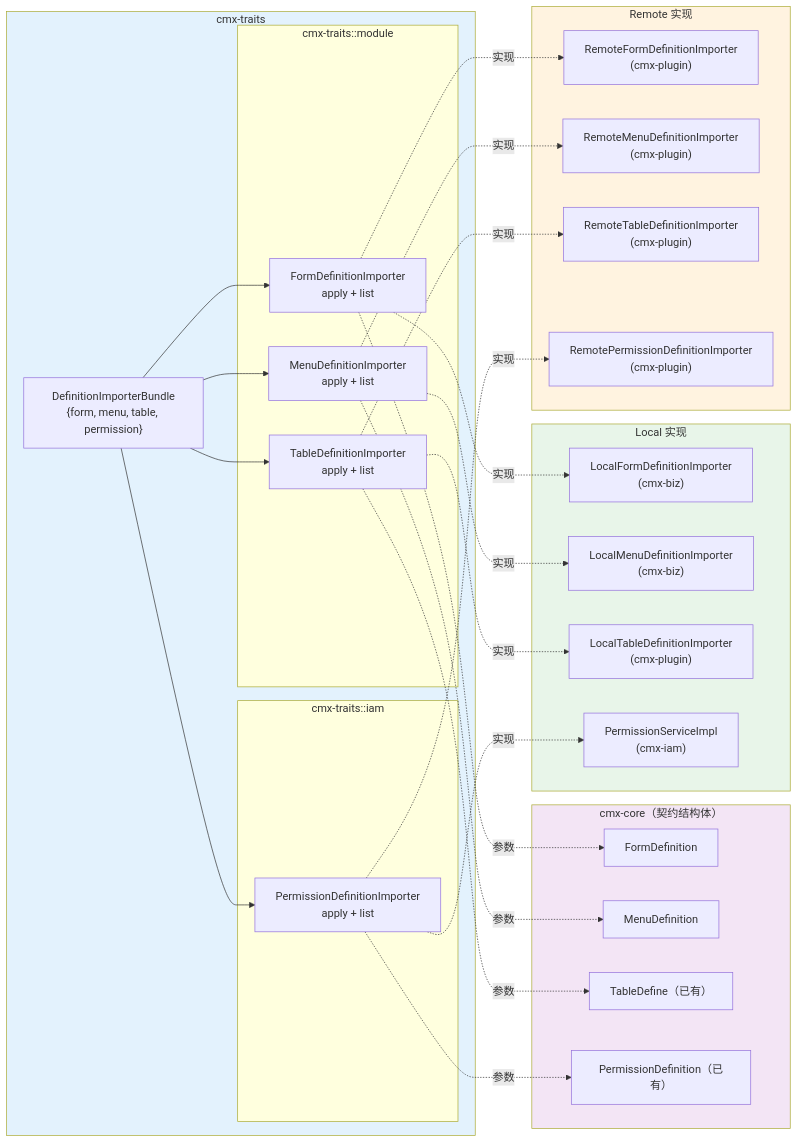
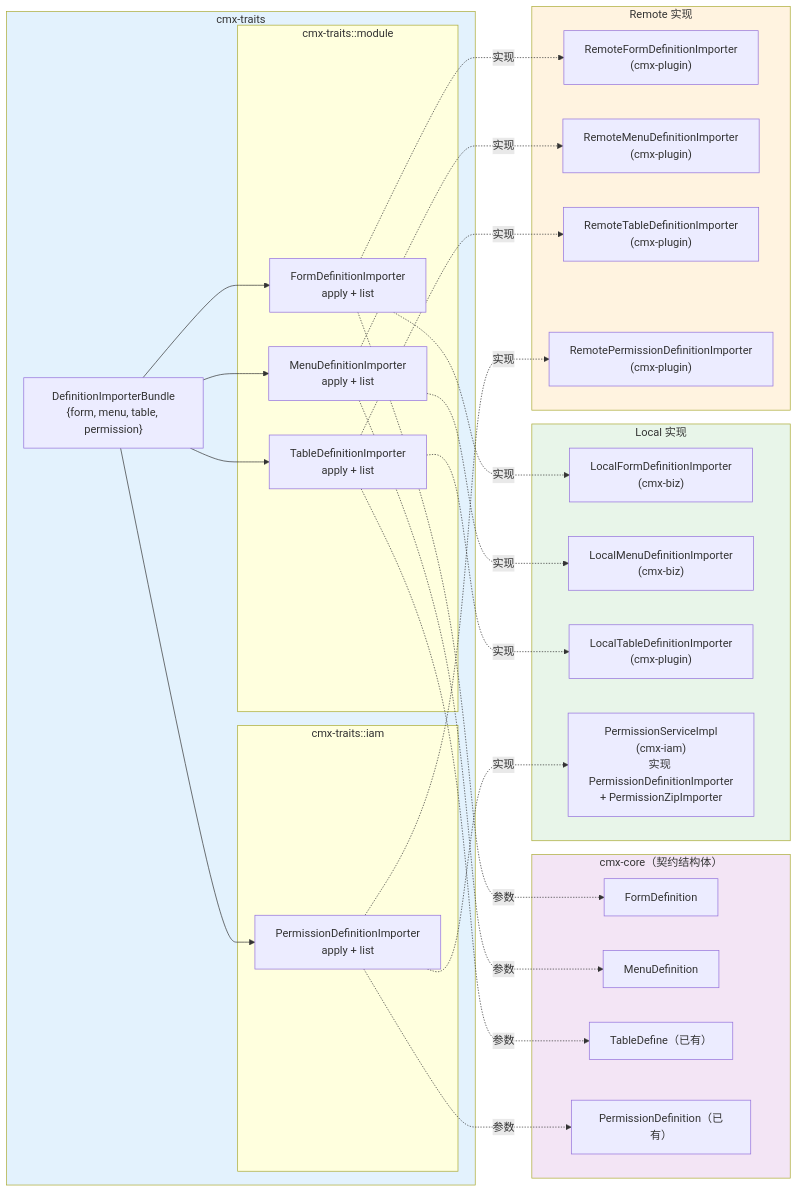
One commit to warpdrivelabs/cmx-container changed the sixth of 7 diagrams in .trae/documents/20260703_cmx-plugin_模块导入导出流程图.md. Above: the diagram before and after it, drawn with Mermaid. The commit also changed other lines of this file and 10 other files, not shown here.

First line of the commit message:
refactor(cmx-biz): PluginDataImporterImpl 从 cmx-iam 迁移至 cmx-biz

````diff
--- a/.trae/documents/20260703_cmx-plugin_模块导入导出流程图.md
+++ b/.trae/documents/20260703_cmx-plugin_模块导入导出流程图.md
@@ -209,66 +211,66 @@
 ```mermaid
 graph LR
     subgraph cmx-traits["cmx-traits"]
         BUNDLE["DefinitionImporterBundle<br/>{form, menu, table, permission}"]
 
         FDI["FormDefinitionImporter<br/>apply + list"]
         MDI["MenuDefinitionImporter<br/>apply + list"]
         TDI["TableDefinitionImporter<br/>apply + list"]
         PDI2["PermissionDefinitionImporter<br/>apply + list"]
 
         subgraph cmx-traits-iam["cmx-traits::iam"]
             PDI2
         end
 
         subgraph cmx-traits-module["cmx-traits::module"]
             FDI
             MDI
             TDI
         end
     end
 
     subgraph cmx-core["cmx-core（契约结构体）"]
         FD["FormDefinition"]
         MD["MenuDefinition"]
         TD["TableDefine（已有）"]
         PD["PermissionDefinition（已有）"]
     end
 
     subgraph 本地实现["Local 实现"]
         LFI["LocalFormDefinitionImporter<br/>(cmx-biz)"]
         LMI["LocalMenuDefinitionImporter<br/>(cmx-biz)"]
         LTI["LocalTableDefinitionImporter<br/>(cmx-plugin)"]
-        LPI["PermissionServiceImpl<br/>(cmx-iam)"]
+        LPI["PermissionServiceImpl<br/>(cmx-iam)<br/>实现 PermissionDefinitionImporter<br/>+ PermissionZipImporter"]
     end
 
     subgraph 远程实现["Remote 实现"]
         RFI["RemoteFormDefinitionImporter<br/>(cmx-plugin)"]
         RMI["RemoteMenuDefinitionImporter<br/>(cmx-plugin)"]
         RTI["RemoteTableDefinitionImporter<br/>(cmx-plugin)"]
         RPI["RemotePermissionDefinitionImporter<br/>(cmx-plugin)"]
     end
 
     BUNDLE --> FDI
     BUNDLE --> MDI
     BUNDLE --> TDI
     BUNDLE --> PDI2
 
     FDI -.->|参数| FD
     MDI -.->|参数| MD
     TDI -.->|参数| TD
     PDI2 -.->|参数| PD
 
     FDI -.->|实现| LFI
     FDI -.->|实现| RFI
     MDI -.->|实现| LMI
     MDI -.->|实现| RMI
     TDI -.->|实现| LTI
     TDI -.->|实现| RTI
     PDI2 -.->|实现| LPI
     PDI2 -.->|实现| RPI
 
     style cmx-traits fill:#e3f2fd
     style cmx-core fill:#f3e5f5
     style 本地实现 fill:#e8f5e9
     style 远程实现 fill:#fff3e0
 ```
````
